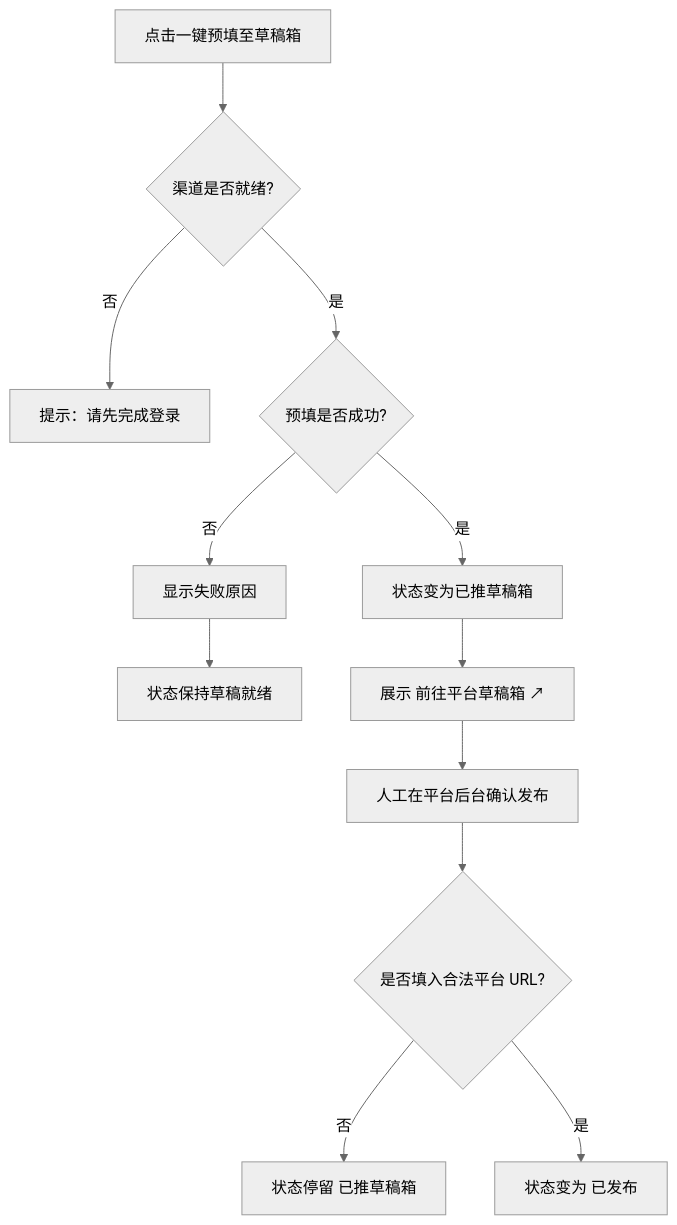
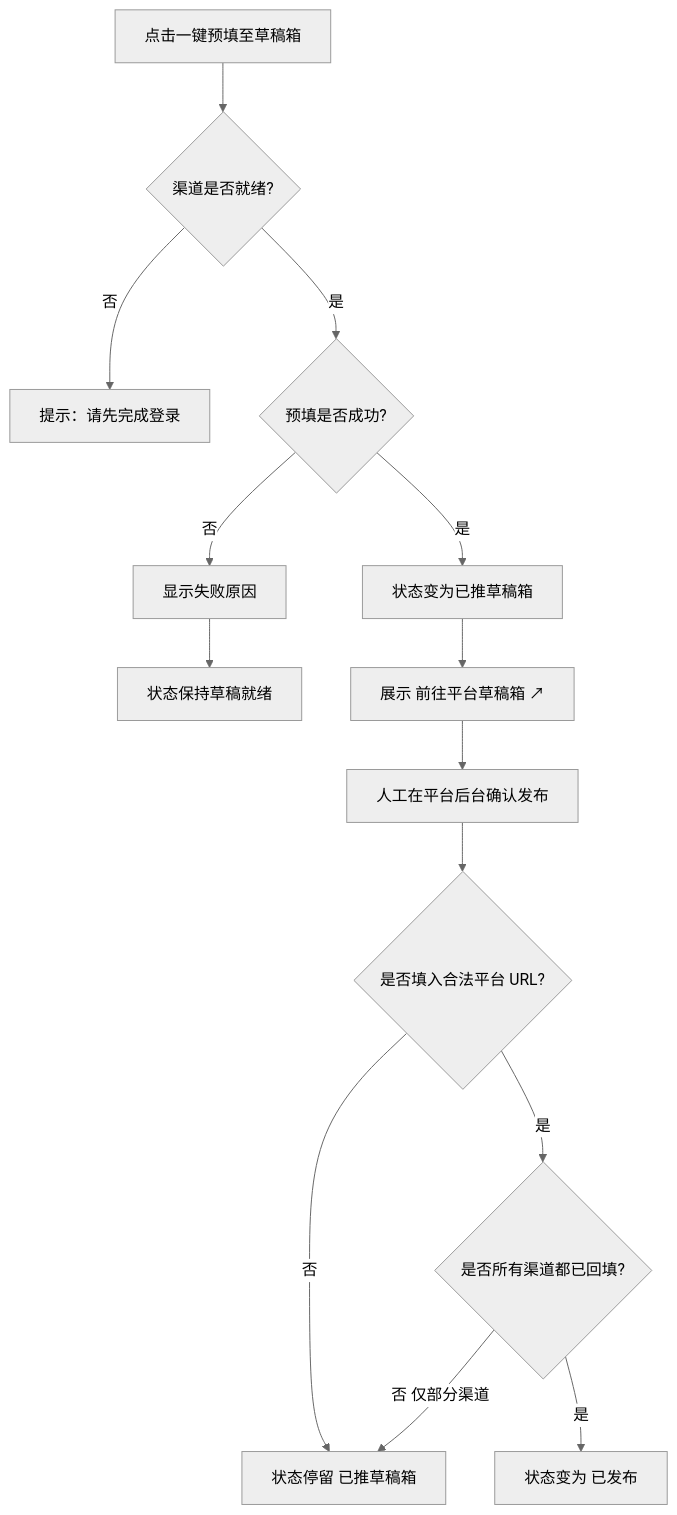
One commit to InJoysAI/dsh-growth-studio changed the third of 5 diagrams in .context/domain/edge_cases.md. Above: the diagram before and after it, drawn with Mermaid (neutral theme). The commit also changed other lines of this file and 6 other files, not shown here.

````diff
--- a/.context/domain/edge_cases.md
+++ b/.context/domain/edge_cases.md
@@ -75,14 +75,16 @@
 ```mermaid
 flowchart TD
     A[点击一键预填至草稿箱] --> B{渠道是否就绪?}
     B -->|否| C["提示：请先完成登录"]
     B -->|是| D{预填是否成功?}
     D -->|否| E["显示失败原因"]
     E --> F[状态保持草稿就绪]
     D -->|是| G["状态变为已推草稿箱"]
     G --> H[展示 前往平台草稿箱 ↗]
     H --> I[人工在平台后台确认发布]
     I --> J{是否填入合法平台 URL?}
     J -->|否| K[状态停留 已推草稿箱]
-    J -->|是| L[状态变为 已发布]
+    J -->|是| M{是否所有渠道都已回填?}
+    M -->|否 仅部分渠道| K
+    M -->|是| L[状态变为 已发布]
 ```
````
